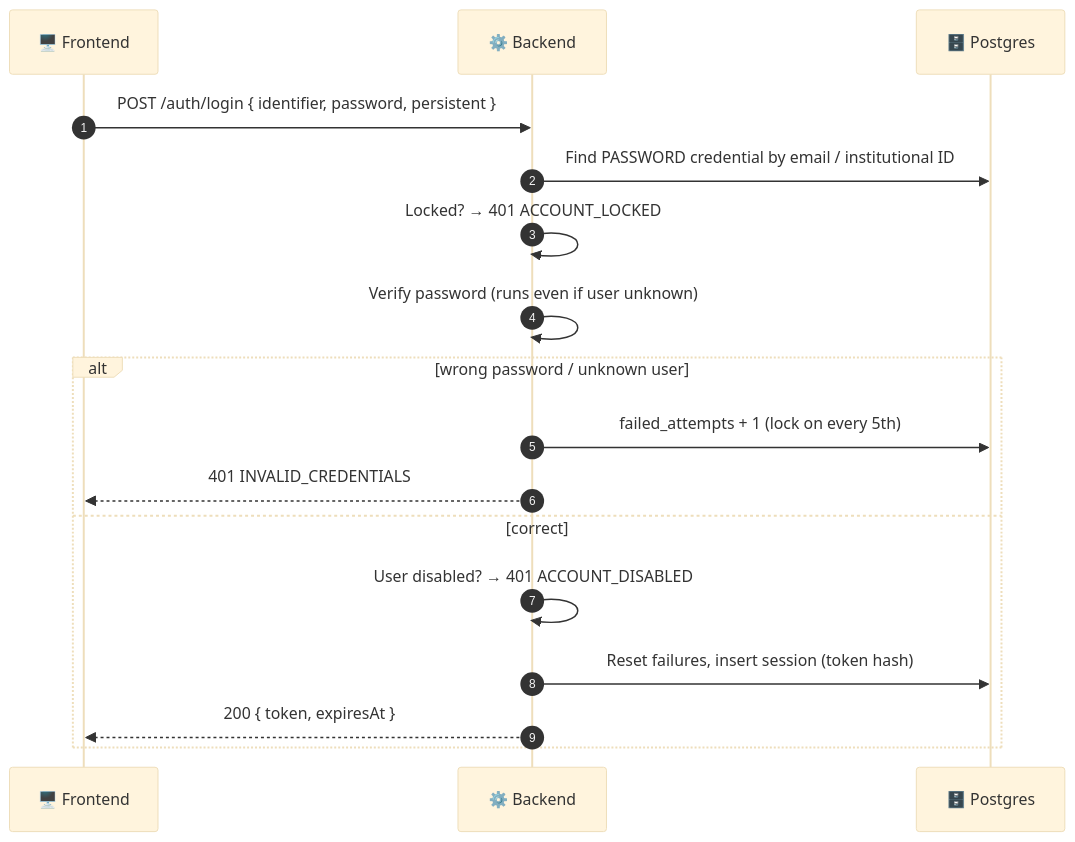
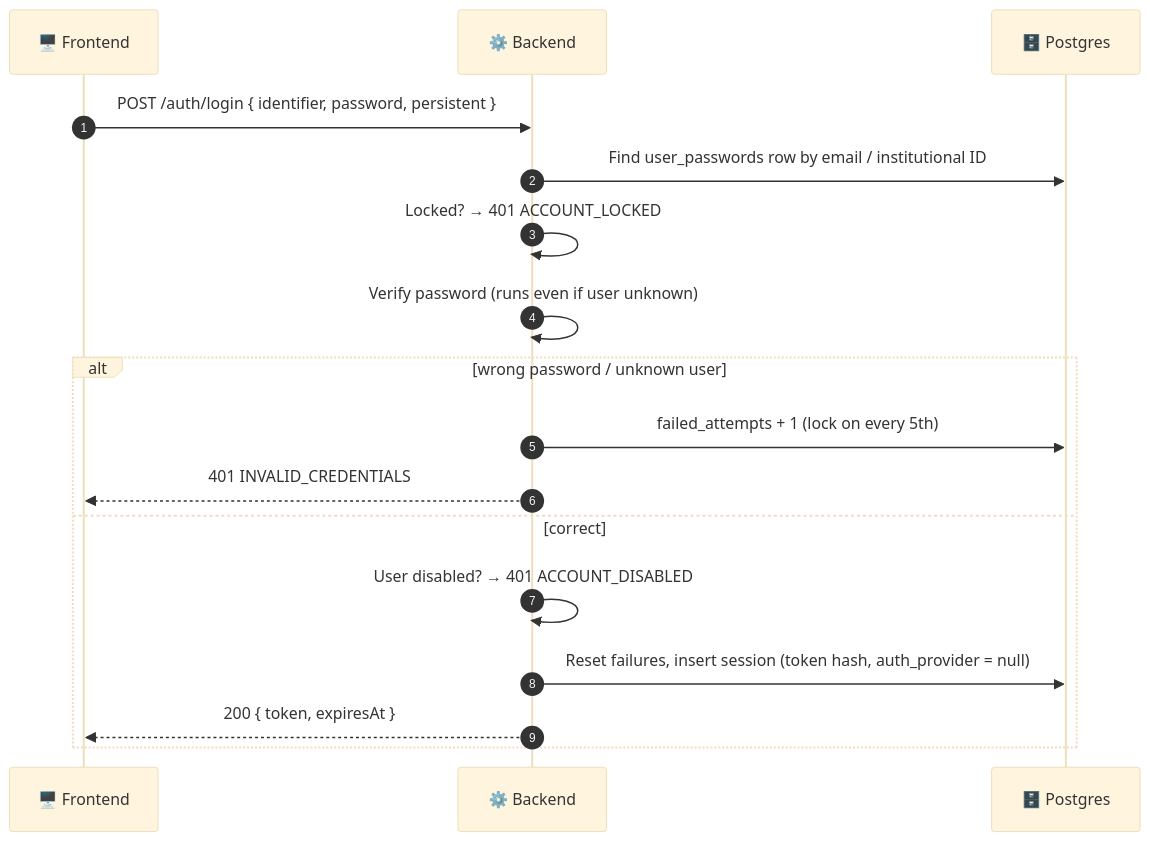
The fourth of 7 diagrams in docs/api-design/01-auth-sessions.md (openshelves-labs/openshelves), drawn with Mermaid (base theme) before and after one commit. The commit also changed other lines of this file and 19 other files, not shown here.

Commit message:
feat: implement user password management and device session handling

````diff
--- a/docs/api-design/01-auth-sessions.md
+++ b/docs/api-design/01-auth-sessions.md
@@ -117,20 +163,20 @@
 ```mermaid
 sequenceDiagram
     autonumber
     participant FE as 🖥️ Frontend
     participant BE as ⚙️ Backend
     participant DB as 🗄️ Postgres
 
     FE->>BE: POST /auth/login { identifier, password, persistent }
-    BE->>DB: Find PASSWORD credential by email / institutional ID
+    BE->>DB: Find user_passwords row by email / institutional ID
     BE->>BE: Locked? → 401 ACCOUNT_LOCKED
     BE->>BE: Verify password (runs even if user unknown)
     alt wrong password / unknown user
         BE->>DB: failed_attempts + 1 (lock on every 5th)
         BE-->>FE: 401 INVALID_CREDENTIALS
     else correct
         BE->>BE: User disabled? → 401 ACCOUNT_DISABLED
-        BE->>DB: Reset failures, insert session (token hash)
+        BE->>DB: Reset failures, insert session (token hash, auth_provider = null)
         BE-->>FE: 200 { token, expiresAt }
     end
 ```
````
